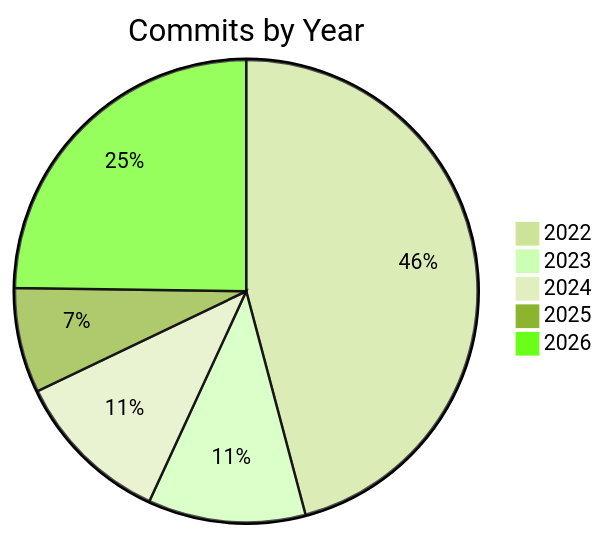
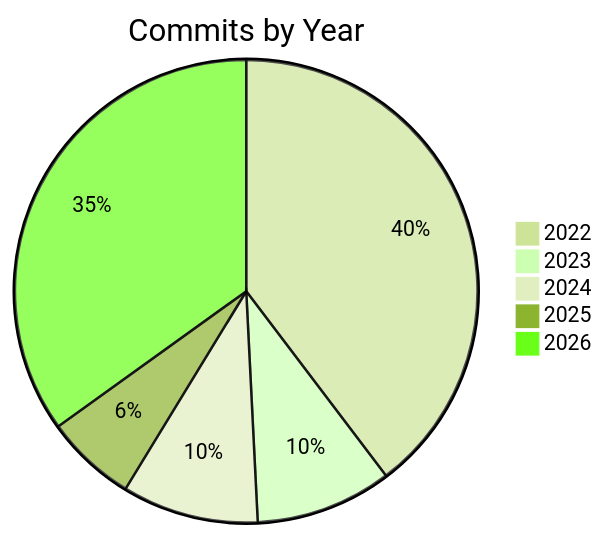
One commit to Wycott/JukeBox changed the diagram in digest.md. Above: the diagram before and after it, drawn with Mermaid (forest theme). The commit also changed other lines of this file, not shown here.

````diff
--- a/digest.md
+++ b/digest.md
@@ -44,8 +42,8 @@
 ```mermaid
 pie title Commits by Year
     "2022" : 50
     "2023" : 12
     "2024" : 12
     "2025" : 8
-    "2026" : 27
+    "2026" : 44
 ```
````
